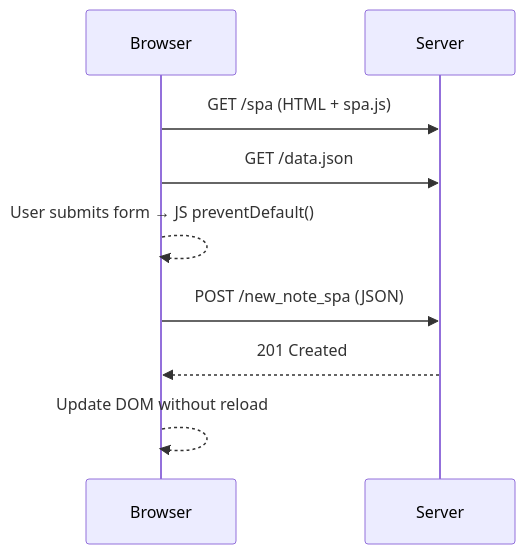
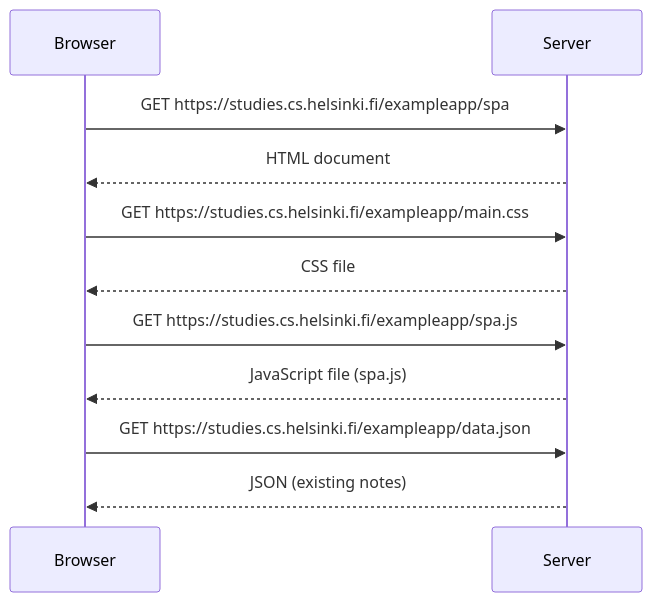
The diagram in part0/05-single-page-app-diagram.md (Derajatul/full-stack-open), drawn with Mermaid before and after one commit.

Commit message:
Update sequence diagram for single-page application to include detailed resource requests

````diff
--- a/part0/05-single-page-app-diagram.md
+++ b/part0/05-single-page-app-diagram.md
@@ -1,9 +1,14 @@
 ```mermaid
 sequenceDiagram
-  Browser ->> Server: GET /spa (HTML + spa.js)
-  Browser ->> Server: GET /data.json
-  Browser -->> Browser: User submits form → JS preventDefault()
-  Browser ->> Server: POST /new_note_spa (JSON)
-  Server -->> Browser: 201 Created
-  Browser -->> Browser: Update DOM without reload
+  participant Browser
+  participant Server
+
+  Browser ->> Server: GET https://studies.cs.helsinki.fi/exampleapp/spa
+  Server -->> Browser: HTML document
+  Browser ->> Server: GET https://studies.cs.helsinki.fi/exampleapp/main.css
+  Server -->> Browser: CSS file
+  Browser ->> Server: GET https://studies.cs.helsinki.fi/exampleapp/spa.js
+  Server -->> Browser: JavaScript file (spa.js)
+  Browser ->> Server: GET https://studies.cs.helsinki.fi/exampleapp/data.json
+  Server -->> Browser: JSON (existing notes)
 ```
````
